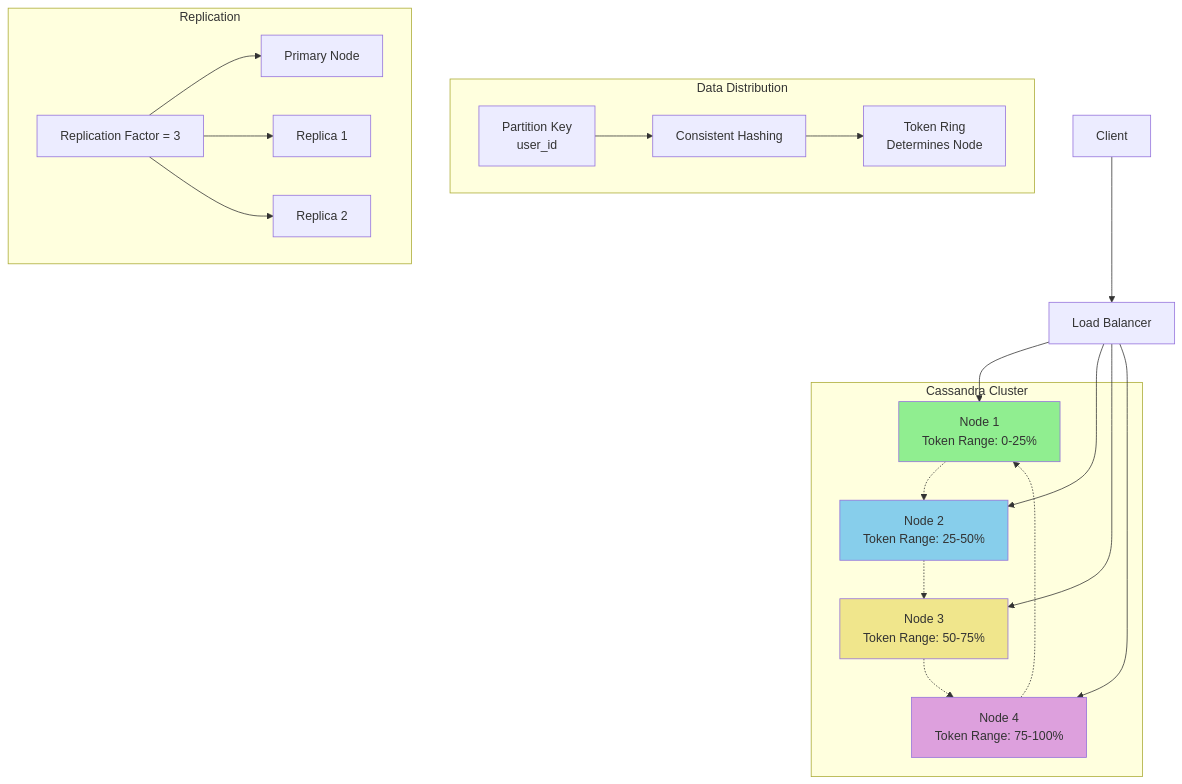
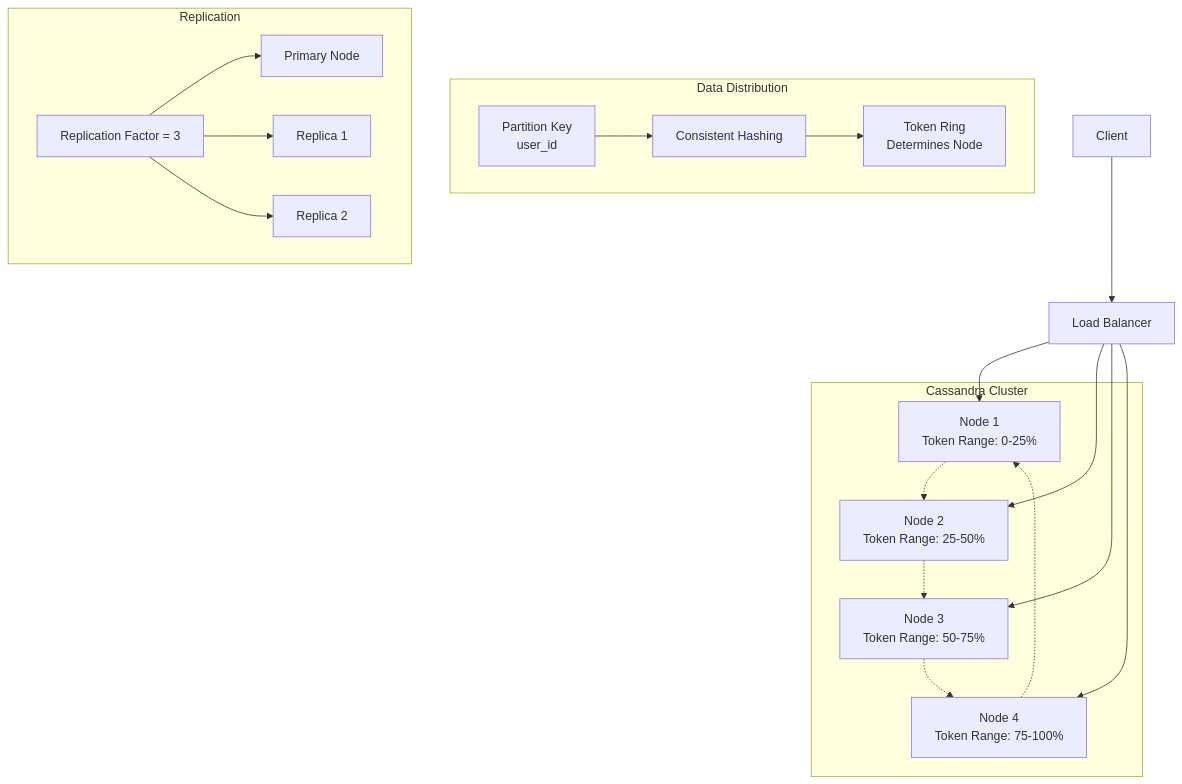
The seventh of 15 diagrams in databases/docs/nosql.md (Ritahchanger/system_design), drawn with Mermaid before and after one commit. The commit also changed other lines of this file and 5 other files, not shown here.

Commit message:
Updated visual diagrams and added readme for database case studies

````diff
--- a/databases/docs/nosql.md
+++ b/databases/docs/nosql.md
@@ -285,37 +278,34 @@
 ```mermaid
 graph TB
     subgraph "Cassandra Cluster"
         Node1[Node 1<br/>Token Range: 0-25%] 
         Node2[Node 2<br/>Token Range: 25-50%]
         Node3[Node 3<br/>Token Range: 50-75%]
         Node4[Node 4<br/>Token Range: 75-100%]
     end
     
     Node1 -.-> Node2
     Node2 -.-> Node3
     Node3 -.-> Node4
     Node4 -.-> Node1
     
     subgraph "Data Distribution"
         PartitionKey[Partition Key<br/>user_id] --> Hash[Consistent Hashing]
         Hash --> TokenRing[Token Ring<br/>Determines Node]
     end
     
     subgraph "Replication"
         RF[Replication Factor = 3]
         RF --> Primary[Primary Node]
         RF --> Replica1[Replica 1]
         RF --> Replica2[Replica 2]
     end
     
     Client[Client] --> LoadBalancer[Load Balancer]
     LoadBalancer --> Node1
     LoadBalancer --> Node2
     LoadBalancer --> Node3
     LoadBalancer --> Node4
     
-    style Node1 fill:#90EE90
-    style Node2 fill:#87CEEB
-    style Node3 fill:#F0E68C
-    style Node4 fill:#DDA0DD
+
 ```
````
